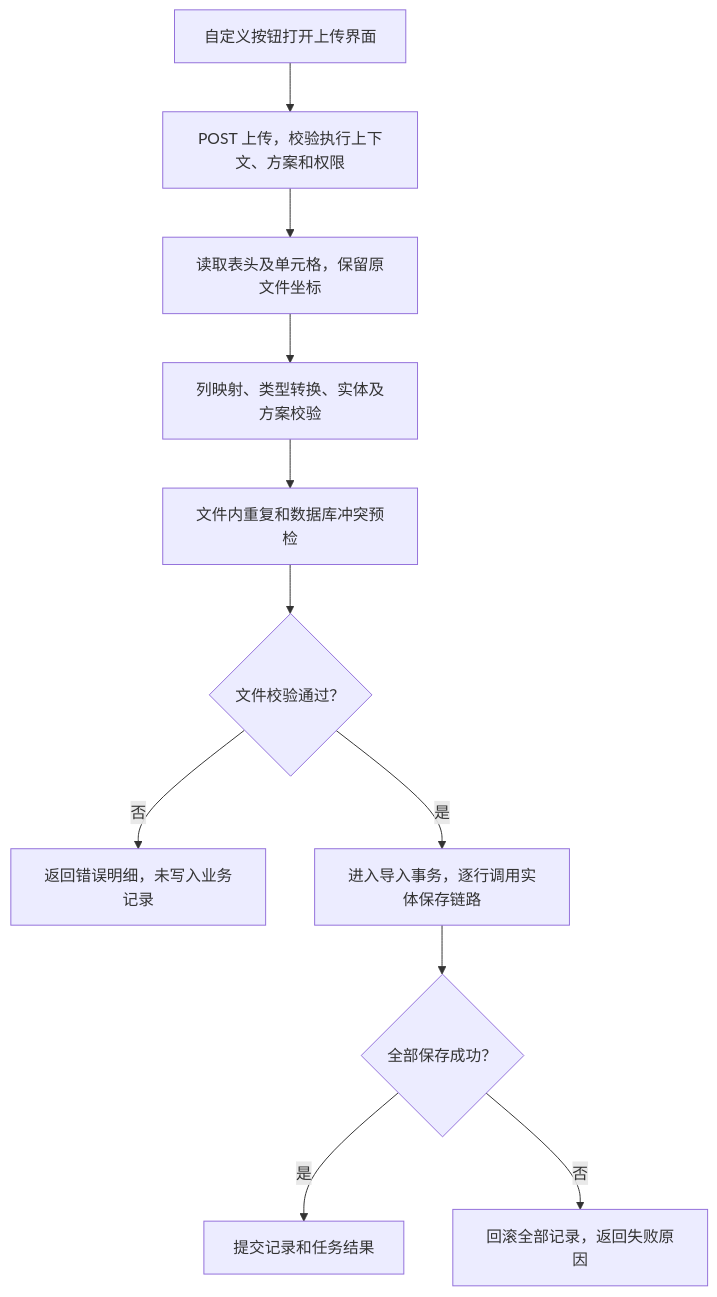
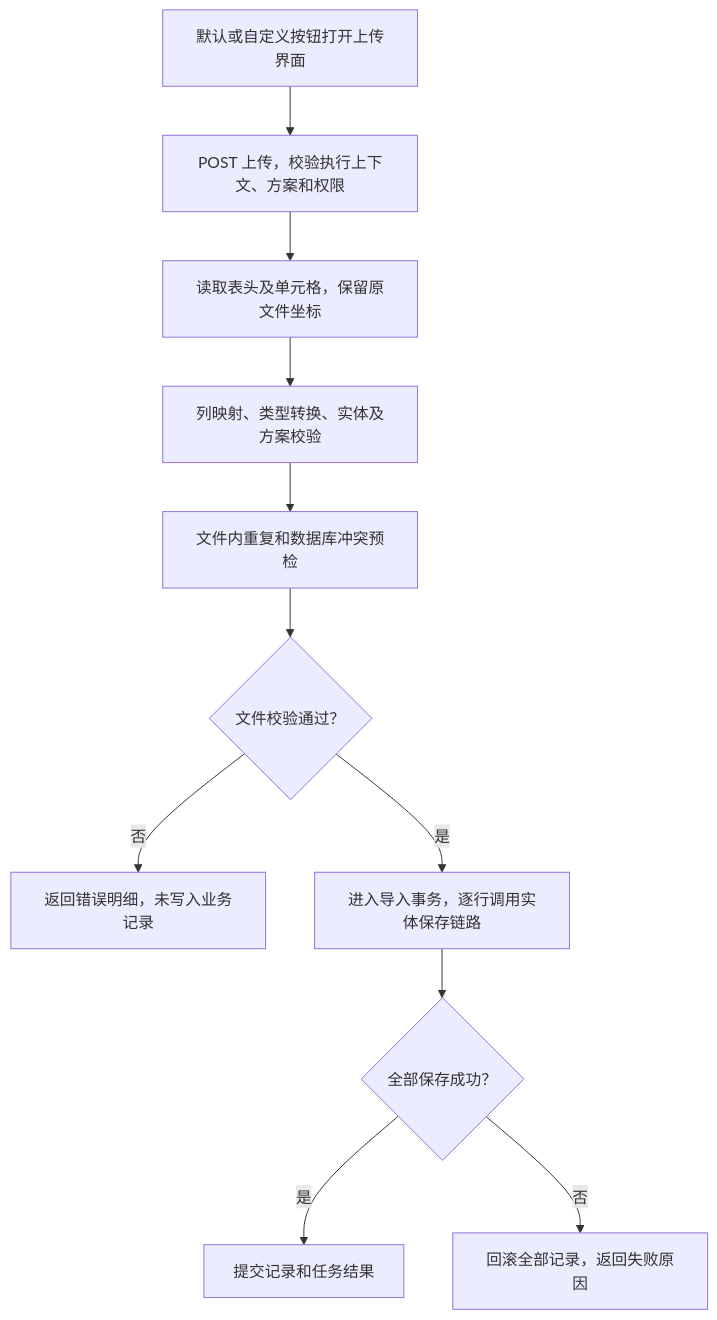
One commit to benbenbingbing/flow changed the second of 2 diagrams in workflow-server/workflow-integration/workflow-excel/docs/entity-excel-import-export-design.md. Above: the diagram before and after it, drawn with Mermaid. The commit also changed other lines of this file and 412 other files, not shown here.

````diff
--- a/workflow-server/workflow-integration/workflow-excel/docs/entity-excel-import-export-design.md
+++ b/workflow-server/workflow-integration/workflow-excel/docs/entity-excel-import-export-design.md
@@ -284,13 +397,13 @@
 ```mermaid
 flowchart TD
-    A[自定义按钮打开上传界面] --> B[POST 上传，校验执行上下文、方案和权限]
+    A[默认或自定义按钮打开上传界面] --> B[POST 上传，校验执行上下文、方案和权限]
     B --> C[读取表头及单元格，保留原文件坐标]
     C --> D[列映射、类型转换、实体及方案校验]
     D --> E[文件内重复和数据库冲突预检]
     E --> F{文件校验通过？}
     F -- 否 --> G[返回错误明细，未写入业务记录]
     F -- 是 --> H[进入导入事务，逐行调用实体保存链路]
     H --> J{全部保存成功？}
     J -- 是 --> K[提交记录和任务结果]
     J -- 否 --> L[回滚全部记录，返回失败原因]
 ```
````
